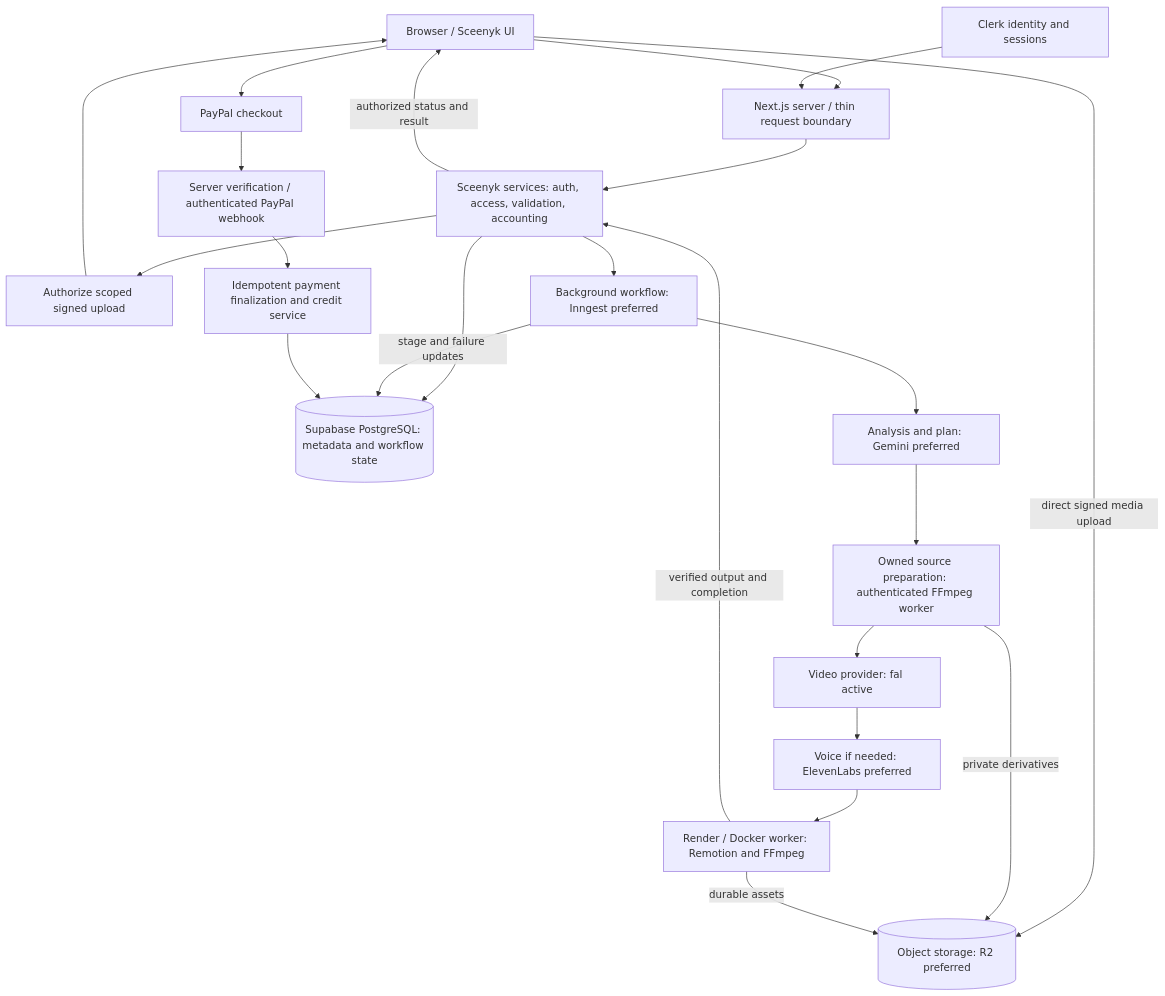
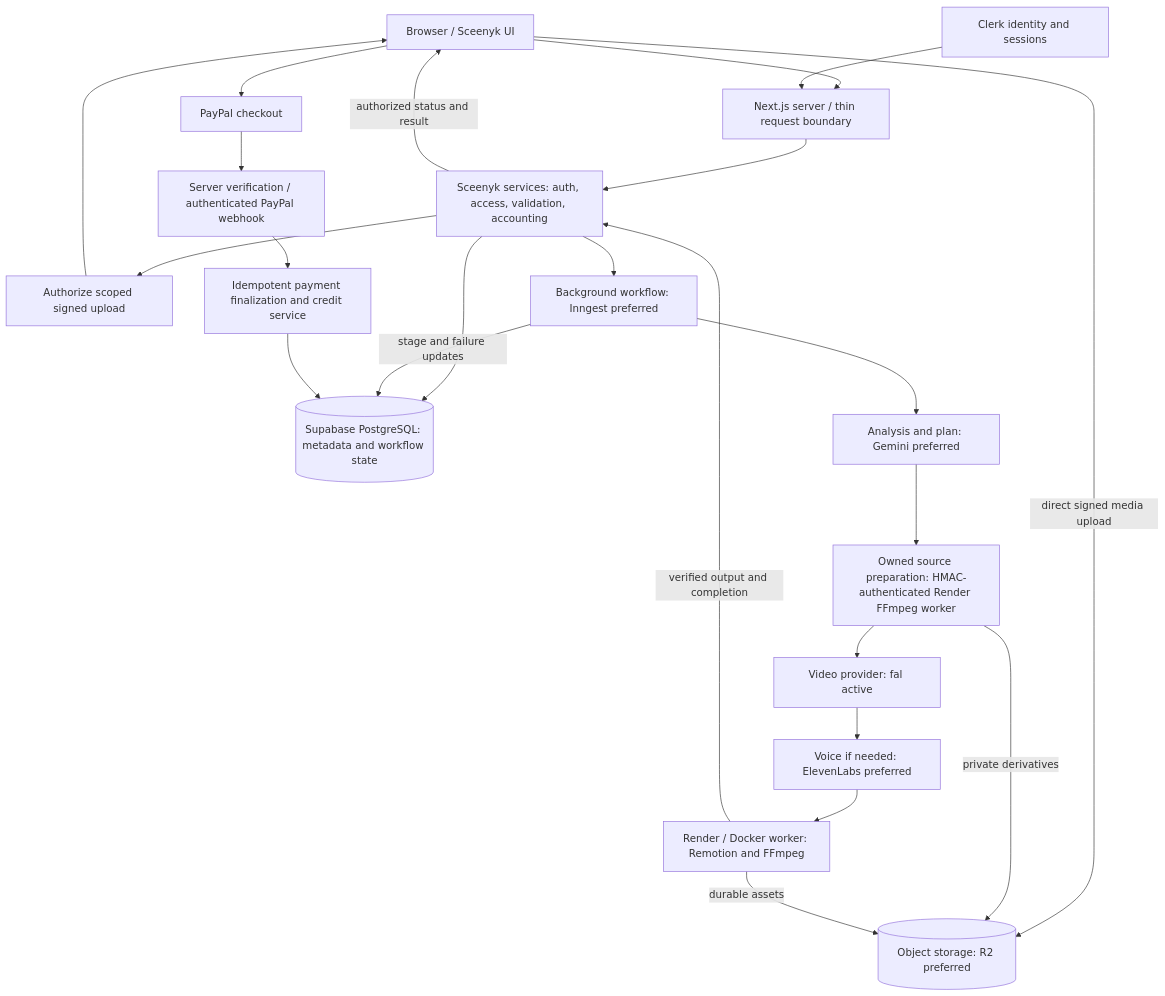
Before and after one commit to lawrenceokim/sceenyk: the diagram in context/architecture.md, drawn with Mermaid. The commit also changed other lines of this file and 18 other files, not shown here.

````diff
--- a/context/architecture.md
+++ b/context/architecture.md
@@ -298,25 +298,25 @@
 ```mermaid
 flowchart TD
   Browser[Browser / Sceenyk UI] --> Web[Next.js server / thin request boundary]
   Clerk[Clerk identity and sessions] --> Web
   Web --> Services[Sceenyk services: auth, access, validation, accounting]
   Services --> DB[(Supabase PostgreSQL: metadata and workflow state)]
   Services --> Upload[Authorize scoped signed upload]
   Upload --> Browser
   Browser -->|direct signed media upload| Storage[(Object storage: R2 preferred)]
   Services --> Workflow[Background workflow: Inngest preferred]
   Workflow --> Analysis[Analysis and plan: Gemini preferred]
-  Analysis --> Preparation[Owned source preparation: authenticated FFmpeg worker]
+  Analysis --> Preparation[Owned source preparation: HMAC-authenticated Render FFmpeg worker]
   Preparation -->|private derivatives| Storage
   Preparation --> Video[Video provider: fal active]
   Video --> Voice[Voice if needed: ElevenLabs preferred]
   Voice --> Worker[Render / Docker worker: Remotion and FFmpeg]
   Worker -->|durable assets| Storage
   Workflow -->|stage and failure updates| DB
   Worker -->|verified output and completion| Services
   Services -->|authorized status and result| Browser
   Browser --> Checkout[PayPal checkout]
   Checkout --> Verify[Server verification / authenticated PayPal webhook]
   Verify --> Finalize[Idempotent payment finalization and credit service]
   Finalize --> DB
 ```
````
